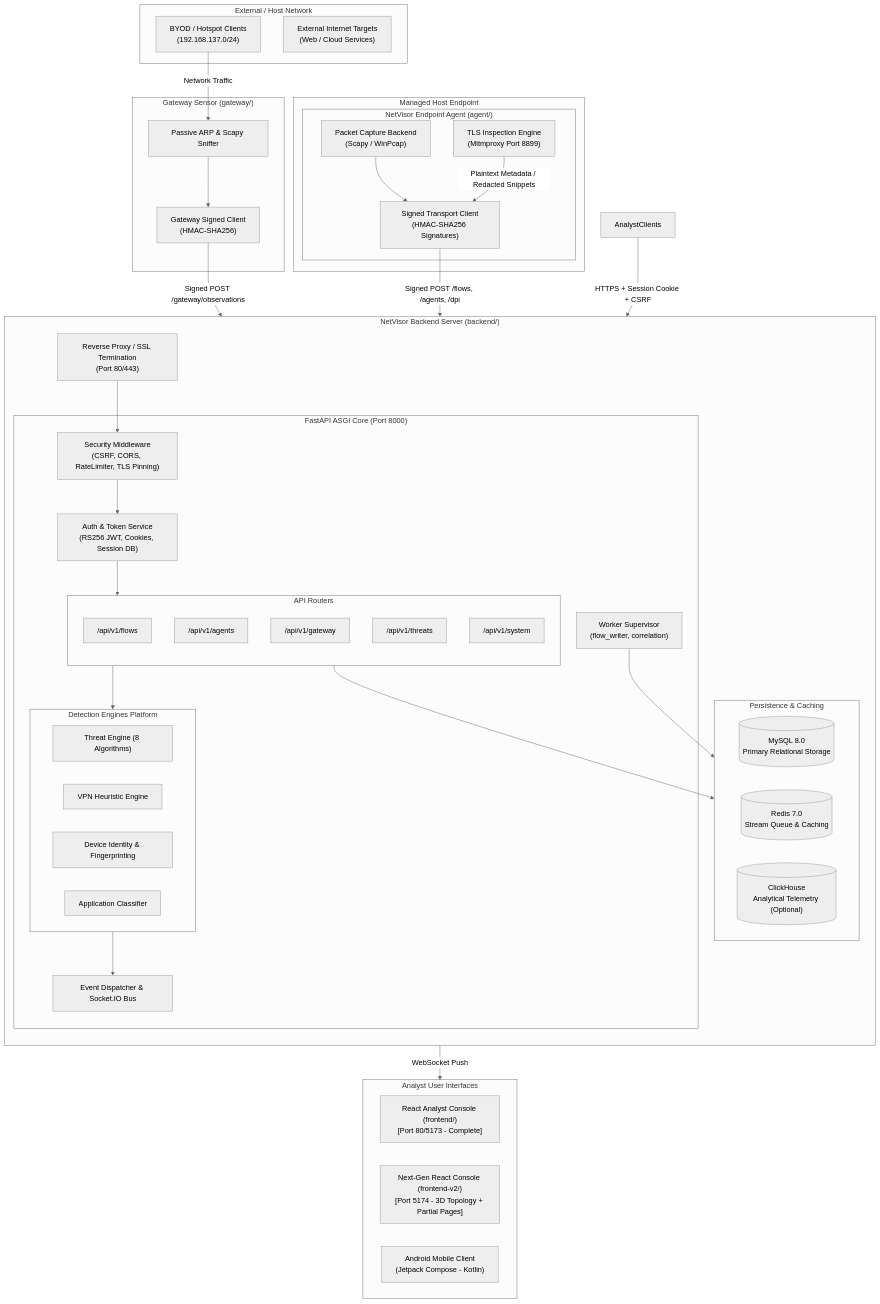
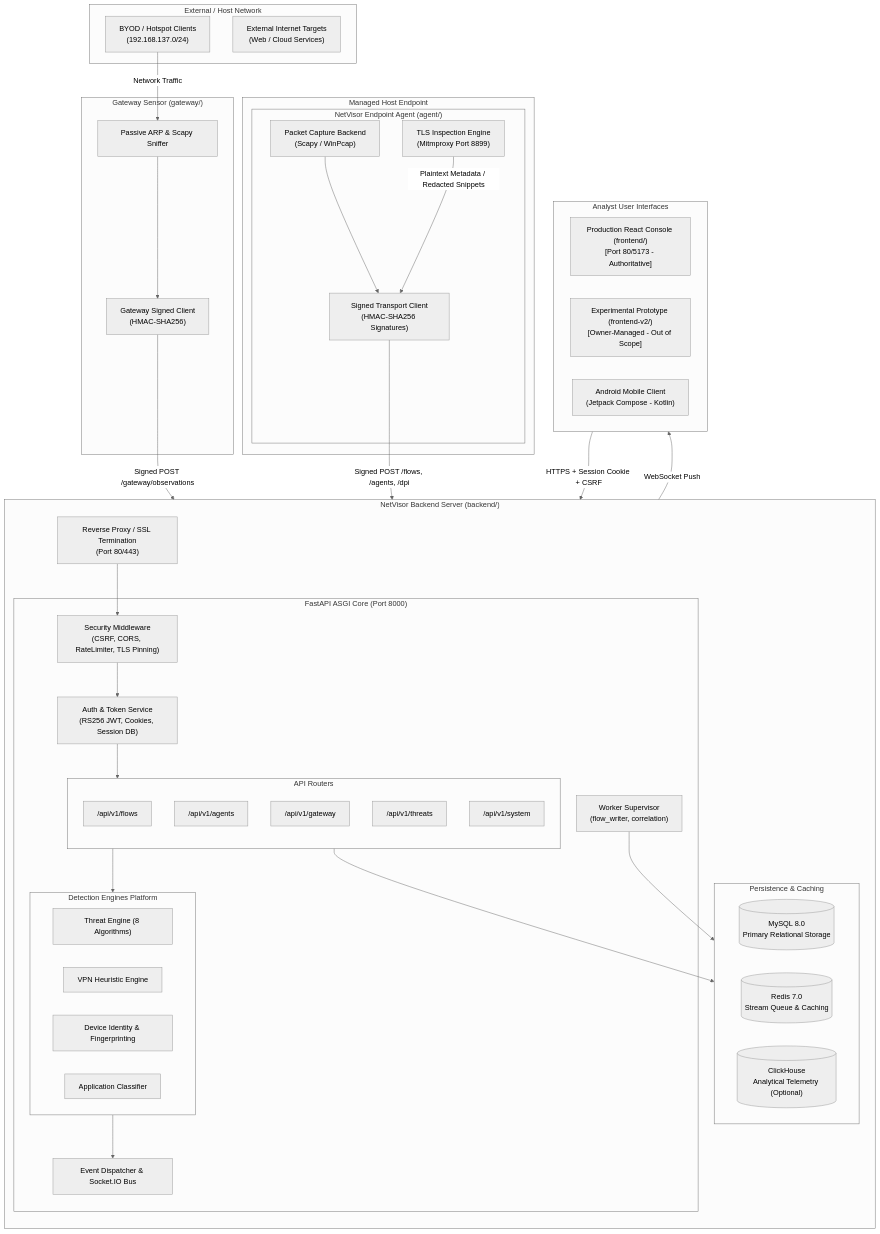
The diagram in engineering/PROJECT_DISCOVERY.md (premkumarteli/NetVisor), drawn with Mermaid (neutral theme) before and after one commit. The commit also changed other lines of this file and 9 other files, not shown here.

Commit message:
docs(audit): complete stage 2b reconciliation, prioritize security, and align frontend boundaries

````diff
--- a/engineering/PROJECT_DISCOVERY.md
+++ b/engineering/PROJECT_DISCOVERY.md
@@ -44,80 +46,80 @@
 ```mermaid
 flowchart TD
     subgraph Untrusted_External["External / Host Network"]
         BYOD["BYOD / Hotspot Clients\n(192.168.137.0/24)"]
         TargetServers["External Internet Targets\n(Web / Cloud Services)"]
     end
 
     subgraph Managed_Endpoint["Managed Host Endpoint"]
         subgraph Agent_Boundary["NetVisor Endpoint Agent (agent/)"]
             AgentPkt["Packet Capture Backend\n(Scapy / WinPcap)"]
             AgentDPI["TLS Inspection Engine\n(Mitmproxy Port 8899)"]
             AgentTransport["Signed Transport Client\n(HMAC-SHA256 Signatures)"]
         end
     end
 
     subgraph Gateway_Sensor_Host["Gateway Sensor (gateway/)"]
         GW_Pkt["Passive ARP & Scapy Sniffer"]
         GW_Transport["Gateway Signed Client\n(HMAC-SHA256)"]
     end
 
     subgraph Backend_Control_Plane["NetVisor Backend Server (backend/)"]
         direction TB
         Nginx["Reverse Proxy / SSL Termination\n(Port 80/443)"]
         
         subgraph FastAPI_App["FastAPI ASGI Core (Port 8000)"]
             SecurityMiddleware["Security Middleware\n(CSRF, CORS, RateLimiter, TLS Pinning)"]
             AuthService["Auth & Token Service\n(RS256 JWT, Cookies, Session DB)"]
             
             subgraph Routers["API Routers"]
                 FlowRouter["/api/v1/flows"]
                 AgentRouter["/api/v1/agents"]
                 GatewayRouter["/api/v1/gateway"]
                 ThreatRouter["/api/v1/threats"]
                 SystemRouter["/api/v1/system"]
             end
 
             subgraph DetectionRegistry["Detection Engines Platform"]
                 ThreatEng["Threat Engine (8 Algorithms)"]
                 VpnEng["VPN Heuristic Engine"]
                 DeviceEng["Device Identity & Fingerprinting"]
                 AppEng["Application Classifier"]
             end
 
             EventBus["Event Dispatcher & Socket.IO Bus"]
             WorkerSup["Worker Supervisor\n(flow_writer, correlation)"]
         end
 
         subgraph Storage_Layer["Persistence & Caching"]
             MySQL[("MySQL 8.0\nPrimary Relational Storage")]
             Redis[("Redis 7.0\nStream Queue & Caching")]
             ClickHouse[("ClickHouse\nAnalytical Telemetry (Optional)")]
         end
     end
 
     subgraph Analyst_Clients["Analyst User Interfaces"]
-        FrontendV1["React Analyst Console (frontend/)\n[Port 80/5173 - Complete]"]
-        FrontendV2["Next-Gen React Console (frontend-v2/)\n[Port 5174 - 3D Topology + Partial Pages]"]
+        FrontendV1["Production React Console (frontend/)\n[Port 80/5173 - Authoritative]"]
+        FrontendV2["Experimental Prototype (frontend-v2/)\n[Owner-Managed - Out of Scope]"]
         AndroidApp["Android Mobile Client\n(Jetpack Compose - Kotlin)"]
     end
 
     %% Data Flow Connections
     BYOD -->|Network Traffic| GW_Pkt
     GW_Pkt --> GW_Transport
     GW_Transport -->|Signed POST /gateway/observations| GatewayRouter
 
     AgentPkt --> AgentTransport
     AgentDPI -->|Plaintext Metadata / Redacted Snippets| AgentTransport
     AgentTransport -->|Signed POST /flows, /agents, /dpi| FlowRouter
 
-    AnalystClients -->|HTTPS + Session Cookie + CSRF| Nginx
+    Analyst_Clients -->|HTTPS + Session Cookie + CSRF| Nginx
     Nginx --> SecurityMiddleware
     SecurityMiddleware --> AuthService
     AuthService --> Routers
 
     Routers --> DetectionRegistry
     Routers --> Storage_Layer
     DetectionRegistry --> EventBus
     EventBus -->|WebSocket Push| Analyst_Clients
     WorkerSup --> Storage_Layer
 ```
````
